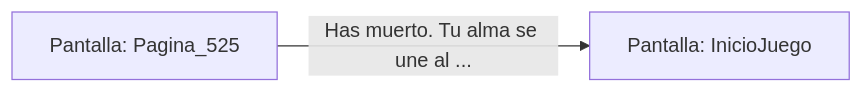
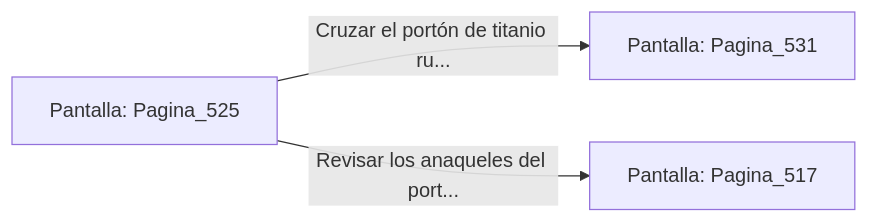
The diagram in sample/eligejuego-vault/Pantalla_Pagina_525.md (metsuke/mpl), drawn with Mermaid before and after one commit. The commit also changed other lines of this file and 635 other files, not shown here.

First line of the commit message:
fix: añadir Pagina_1 como pantalla inicial en capitulo_01.mpl

````diff
--- a/sample/eligejuego-vault/Pantalla_Pagina_525.md
+++ b/sample/eligejuego-vault/Pantalla_Pagina_525.md
@@ -17,5 +24,6 @@
 ```mermaid
 graph LR
     P_Pagina_525["Pantalla: Pagina_525"]
-    P_Pagina_525 -->|"Has muerto. Tu alma se une al ..."| P_InicioJuego["Pantalla: InicioJuego"]
+    P_Pagina_525 -->|"Cruzar el portón de titanio ru..."| P_Pagina_531["Pantalla: Pagina_531"]
+    P_Pagina_525 -->|"Revisar los anaqueles del port..."| P_Pagina_517["Pantalla: Pagina_517"]
 ```
````
